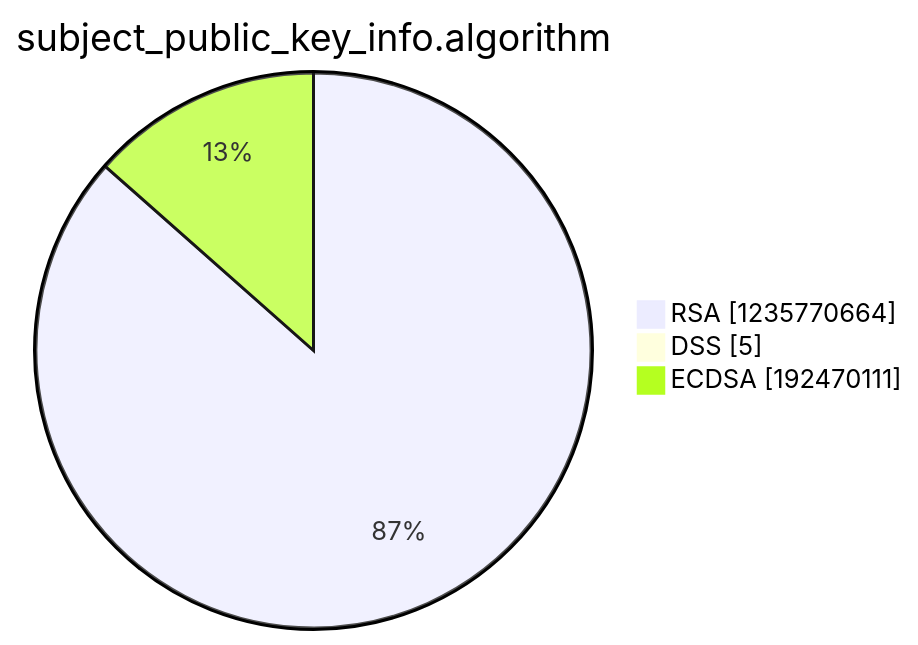
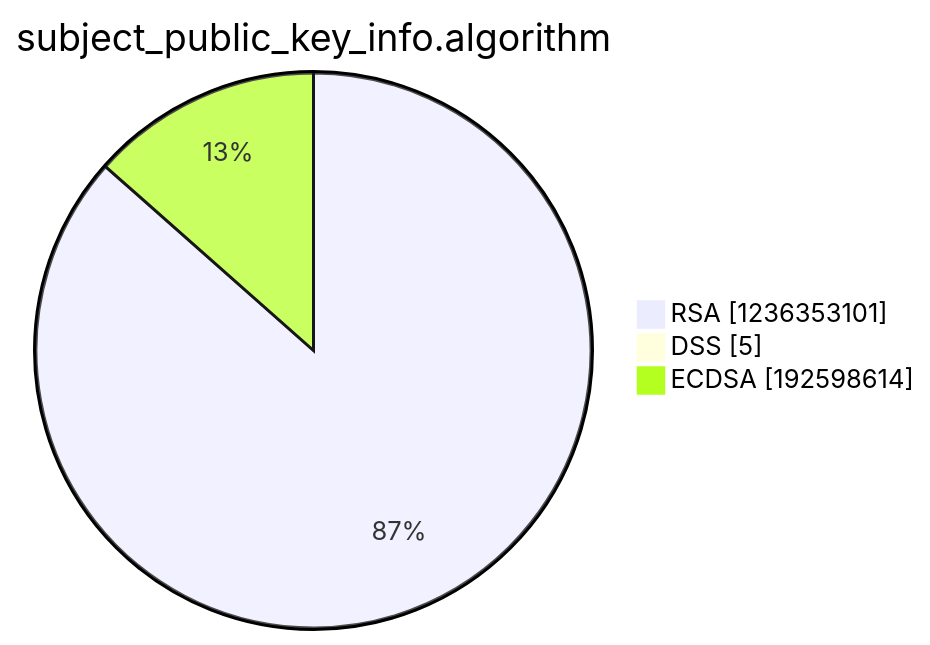
Before and after one commit to christiankrug/ctmonitor_visualization: the third of 15 diagrams in argon2022/README.md, drawn with Mermaid. The commit also changed other lines of this file, not shown here.

````diff
--- a/argon2022/README.md
+++ b/argon2022/README.md
@@ -14,7 +14,7 @@
 ```mermaid
 pie showData
 title subject_public_key_info.algorithm
-"RSA" :1235770664
+"RSA" :1236353101
 "DSS" :5
-"ECDSA" :192470111
+"ECDSA" :192598614
 ```
````
